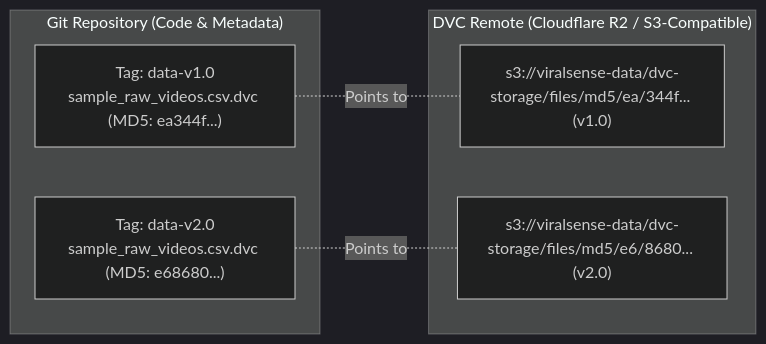
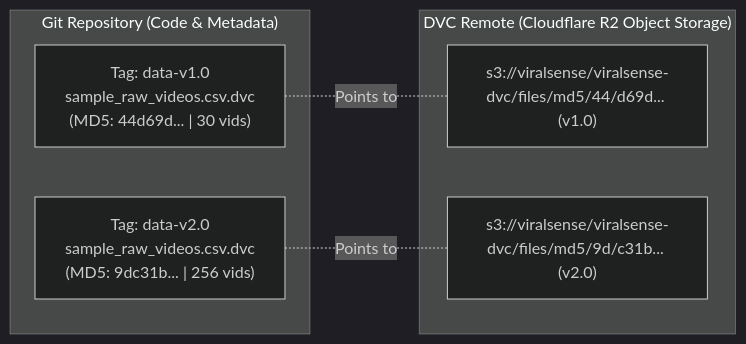
The second of 2 diagrams in README.md (galihpraditya/MLOps-ViralSense), drawn with Mermaid (dark theme) before and after one commit. The commit also changed other lines of this file, not shown here.

Commit message:
docs(readme): add detailed model reproducibility section and update DVC documentation

````diff
--- a/README.md
+++ b/README.md
@@ -133,13 +152,13 @@
 ```mermaid
 flowchart LR
     subgraph Git_Repository["Git Repository (Code & Metadata)"]
-        GitTag1["Tag: data-v1.0<br/>sample_raw_videos.csv.dvc (MD5: ea344f...)"]
-        GitTag2["Tag: data-v2.0<br/>sample_raw_videos.csv.dvc (MD5: e68680...)"]
+        GitTag1["Tag: data-v1.0<br/>sample_raw_videos.csv.dvc<br/>(MD5: 44d69d... | 30 vids)"]
+        GitTag2["Tag: data-v2.0<br/>sample_raw_videos.csv.dvc<br/>(MD5: 9dc31b... | 256 vids)"]
     end
-    subgraph DVC_Storage["DVC Remote (Cloudflare R2 / S3-Compatible)"]
-        R2Obj1["s3://viralsense-data/dvc-storage/files/md5/ea/344f... (v1.0)"]
-        R2Obj2["s3://viralsense-data/dvc-storage/files/md5/e6/8680... (v2.0)"]
+    subgraph DVC_Storage["DVC Remote (Cloudflare R2 Object Storage)"]
+        R2Obj1["s3://viralsense/viralsense-dvc/files/md5/44/d69d... (v1.0)"]
+        R2Obj2["s3://viralsense/viralsense-dvc/files/md5/9d/c31b... (v2.0)"]
     end
     GitTag1 -. Points to .- R2Obj1
     GitTag2 -. Points to .- R2Obj2
 ```
````
